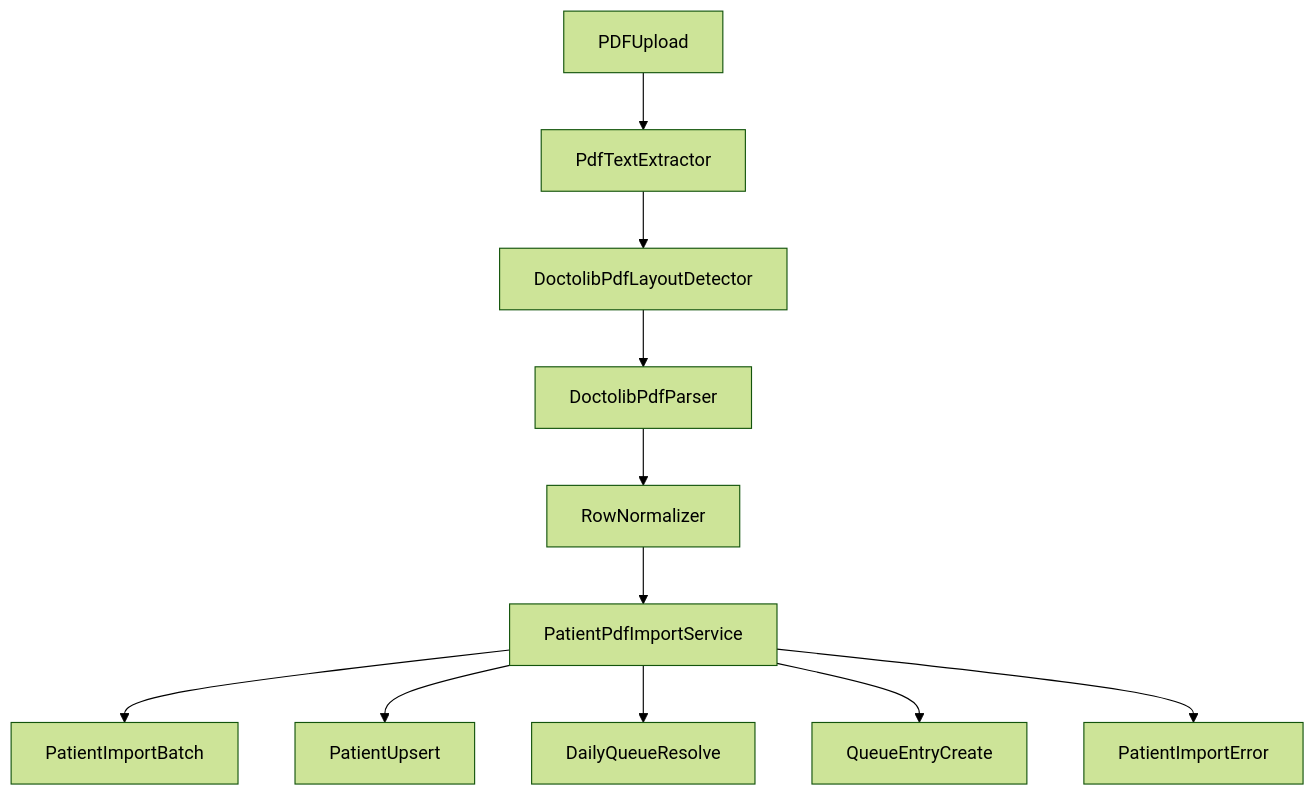
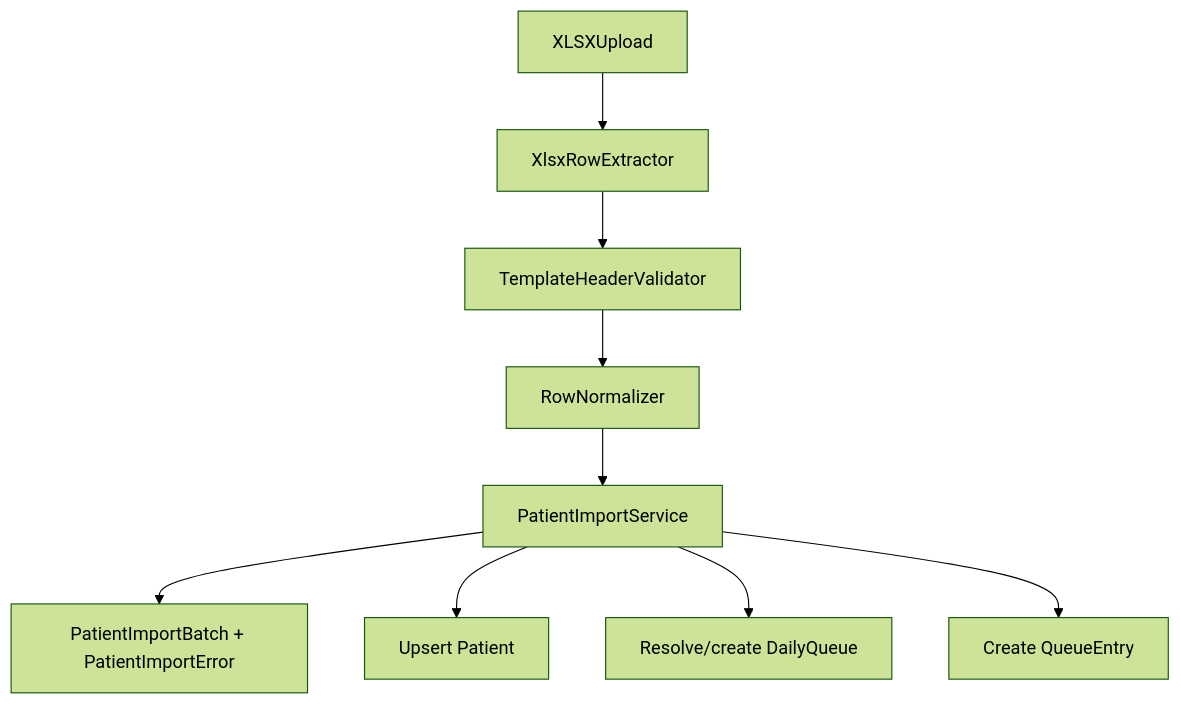
Before and after one commit to piotrpopiolek/cogitomedic: the diagram in .cursor/plans/import_pacjentow.plan.md, drawn with Mermaid (forest theme). The commit also changed other lines of this file and 2 other files, not shown here.

First line of the commit message:
Refactor import plans: remove PDF import support and prepare for XLSX integration

````diff
--- a/.cursor/plans/import_pacjentow.plan.md
+++ b/.cursor/plans/import_pacjentow.plan.md
@@ -59,13 +100,11 @@
 ```mermaid
 flowchart TD
-    upload[PDFUpload] --> extract[PdfTextExtractor]
-    extract --> detect[DoctolibPdfLayoutDetector]
-    detect --> parse[DoctolibPdfParser]
-    parse --> normalize[RowNormalizer]
-    normalize --> domain[PatientPdfImportService]
-    domain --> batch[PatientImportBatch]
-    domain --> patient[PatientUpsert]
-    domain --> queue[DailyQueueResolve]
-    domain --> entry[QueueEntryCreate]
-    domain --> errors[PatientImportError]
+  upload[XLSXUpload] --> extract[XlsxRowExtractor]
+  extract --> detect[TemplateHeaderValidator]
+  detect --> parse[RowNormalizer]
+  parse --> domain[PatientImportService]
+  domain --> batch[PatientImportBatch + PatientImportError]
+  domain --> patient[Upsert Patient]
+  domain --> dailyQueue[Resolve/create DailyQueue]
+  domain --> entry[Create QueueEntry]
 ```
````
